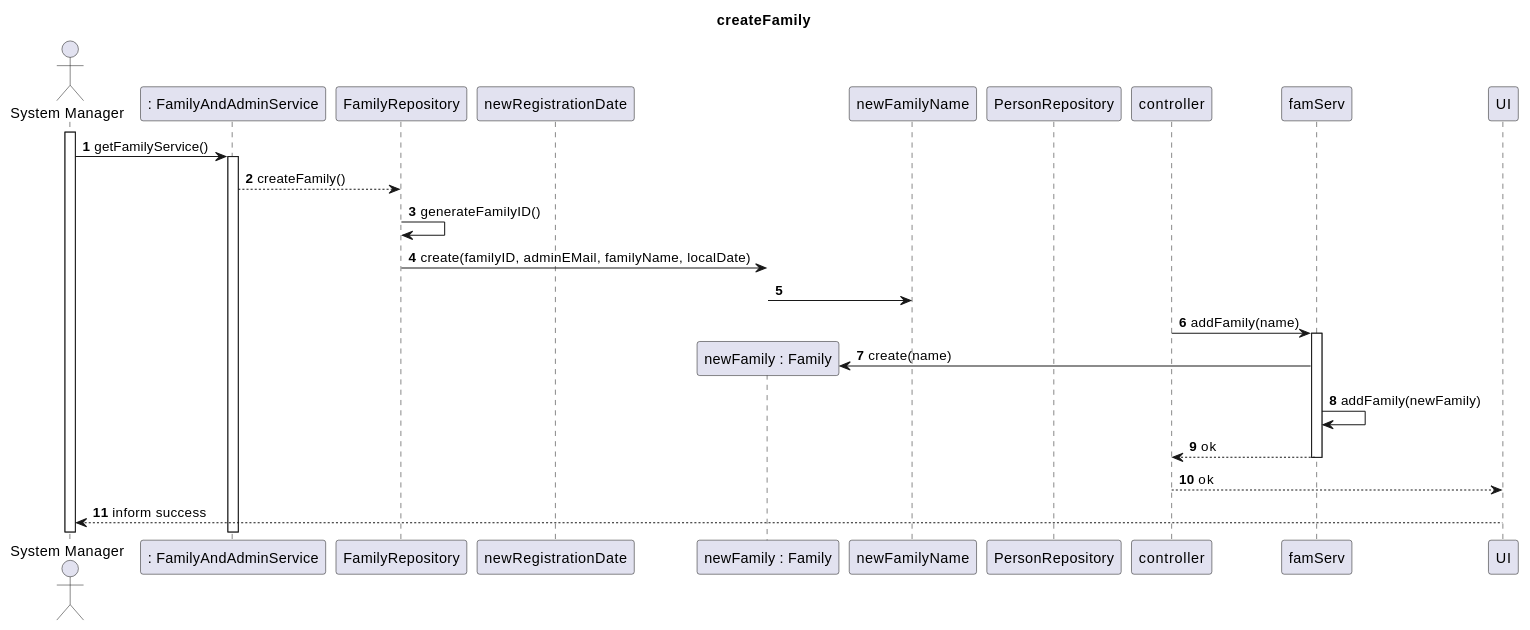
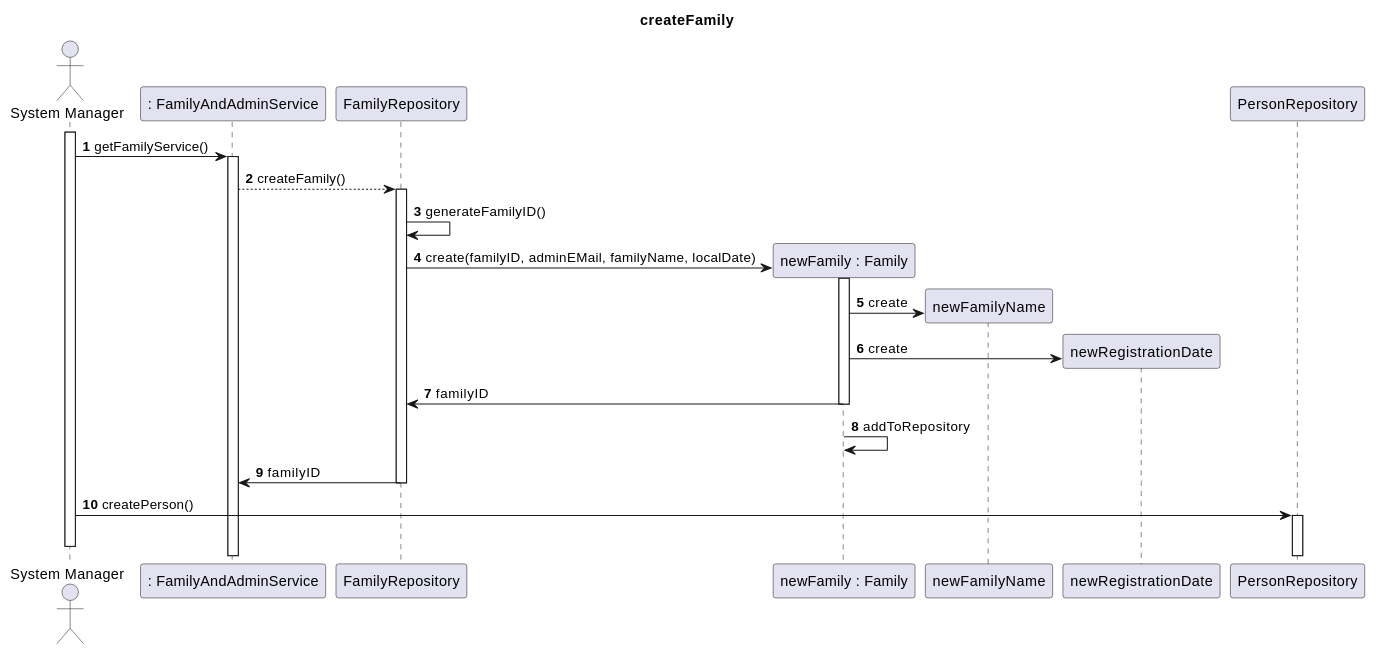
Before and after one commit to tomas-osswald/switch_2020_g3: the third of 4 diagrams in docs/sprint3/user_stories/US010_CreateAFamilyAndSetAdministrator.md, drawn with PlantUML. The commit also changed other lines of this file and 1 other file, not shown here.

`````diff
--- a/docs/sprint3/user_stories/US010_CreateAFamilyAndSetAdministrator.md
+++ b/docs/sprint3/user_stories/US010_CreateAFamilyAndSetAdministrator.md
@@ -75,33 +92,33 @@
 ````puml
 @startuml
 autonumber
 title createFamily
 actor "System Manager" as systemManager
 participant ": FamilyAndAdminService" as FamAdminService
 participant "FamilyRepository" as frepository
-participant "newRegistrationDate" as registrationDate
 participant "newFamily : Family" as family
 participant "newFamilyName" as familyName
+participant "newRegistrationDate" as registrationDate
 participant "PersonRepository" as prepository
 activate systemManager
 systemManager -> FamAdminService: getFamilyService()
 activate FamAdminService
 FamAdminService --> frepository: createFamily()
+activate frepository
 frepository -> frepository : generateFamilyID()
-frepository -> family : create(familyID, adminEMail, familyName, localDate)
-family ->  familyName : 
-controller -> famServ: addFamily(name)
-activate famServ
+frepository -> family** : create(familyID, adminEMail, familyName, localDate)
+activate family
+family ->  familyName** : create
+family -> registrationDate** : create
+family -> frepository : familyID
+deactivate family
+family -> family : addToRepository
+frepository -> FamAdminService : familyID
+deactivate frepository
+systemManager -> prepository : createPerson()
+activate prepository
 
-famServ -> family**: create(name)
-famServ -> famServ: addFamily(newFamily)
-famServ --> controller: ok
-deactivate famServ
-controller --> UI: ok
-deactivate controller
-UI --> systemManager: inform success
-deactivate UI
-
+deactivate systemManager
 
 @enduml
 ````
`````
